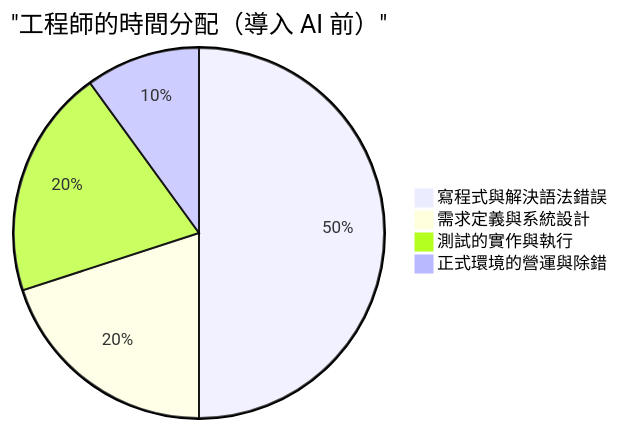
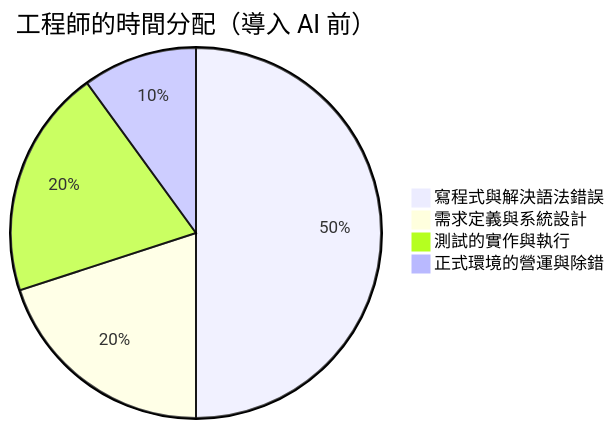
Before and after one commit to kenjinote/blog: the third of 4 diagrams in content/post/human_engineer_skills/index.zh-tw.md, drawn with Mermaid. The commit also changed other lines of this file and 703 other files, not shown here.

Commit message:
Fix: Remove quotes from Mermaid link texts and timeline definitions to support Mermaid 11.4.1

````diff
--- a/content/post/human_engineer_skills/index.zh-tw.md
+++ b/content/post/human_engineer_skills/index.zh-tw.md
@@ -182,7 +182,7 @@
 ```mermaid
-pie title "工程師的時間分配（導入 AI 前）"
+pie title 工程師的時間分配（導入 AI 前）
   "寫程式與解決語法錯誤": 50
   "需求定義與系統設計": 20
   "測試的實作與執行": 20
   "正式環境的營運與除錯": 10
 ```
````
